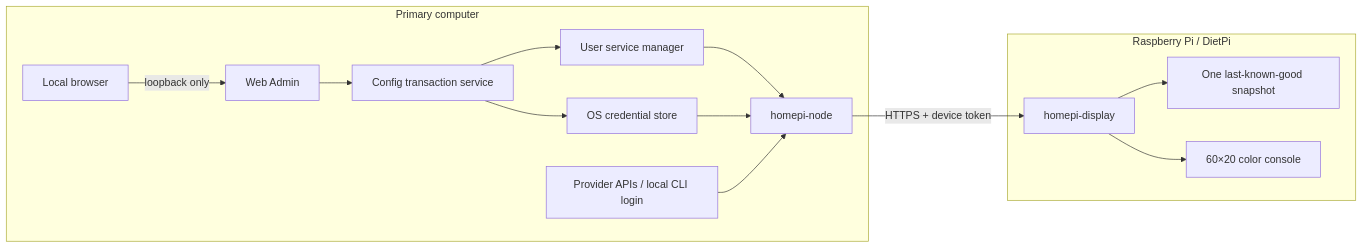
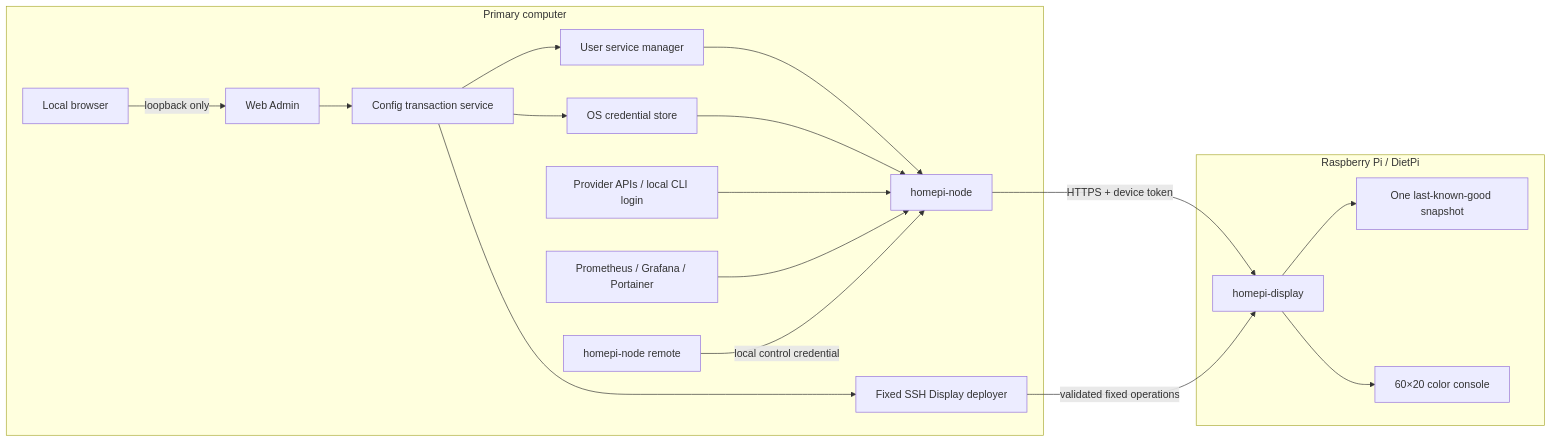
One commit to galendai/homepi-mon changed the diagram in README.md. Above: the diagram before and after it, drawn with Mermaid. The commit also changed other lines of this file and 35 other files, not shown here.

Commit message:
feat(remote-control): complete phase 4 display commands

````diff
--- a/README.md
+++ b/README.md
@@ -68,19 +73,23 @@
 ```mermaid
 flowchart LR
     subgraph Host["Primary computer"]
         Browser["Local browser"] -->|"loopback only"| Admin["Web Admin"]
         Admin --> Config["Config transaction service"]
         Config --> Secrets["OS credential store"]
         Config --> Service["User service manager"]
+        Config --> Deploy["Fixed SSH Display deployer"]
         Service --> Node["homepi-node"]
         Secrets --> Node
         Providers["Provider APIs / local CLI login"] --> Node
+        HomeLab["Prometheus / Grafana / Portainer"] --> Node
+        Remote["homepi-node remote"] -->|"local control credential"| Node
     end
 
     subgraph Pi["Raspberry Pi / DietPi"]
         Display["homepi-display"] --> Cache["One last-known-good snapshot"]
         Display --> TUI["60×20 color console"]
     end
 
     Node -->|"HTTPS + device token"| Display
+    Deploy -->|"validated fixed operations"| Display
 ```
````
